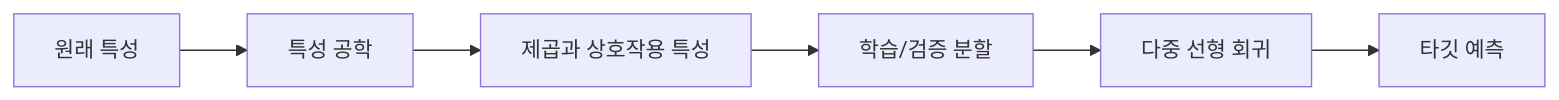
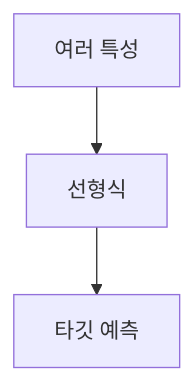
One commit to umyunsang/edu changed the diagram in ComputerScience/03_ai-ml-data/ml-projects/notes/04. 다중 회귀와 특성 공학.md. Above: the diagram before and after it, drawn with Mermaid. The commit also changed other lines of this file and 5 other files, not shown here.

````diff
--- a/ComputerScience/03_ai-ml-data/ml-projects/notes/04. 다중 회귀와 특성 공학.md
+++ b/ComputerScience/03_ai-ml-data/ml-projects/notes/04. 다중 회귀와 특성 공학.md
@@ -34,8 +19,5 @@
 ```mermaid
-flowchart LR
-    A[원래 특성] --> B[특성 공학]
-    B --> C[제곱과 상호작용 특성]
-    C --> D[학습/검증 분할]
-    D --> E[다중 선형 회귀]
-    E --> F[타깃 예측]
+flowchart TB
+    A[여러 특성] --> B[선형식]
+    B --> C[타깃 예측]
 ```
````
